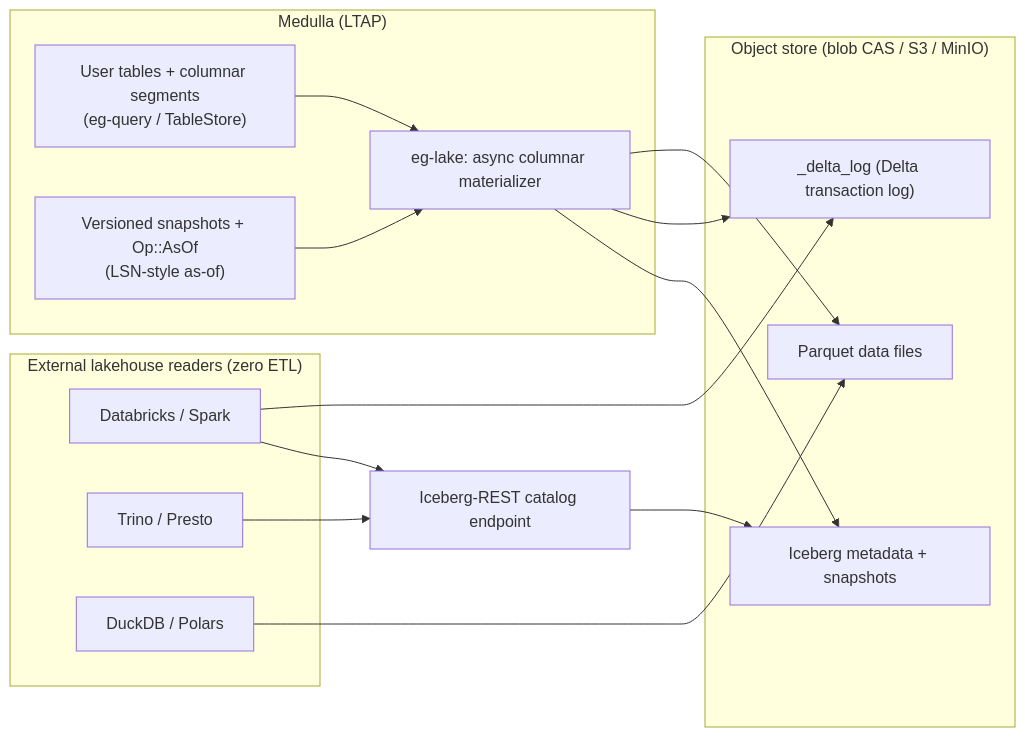
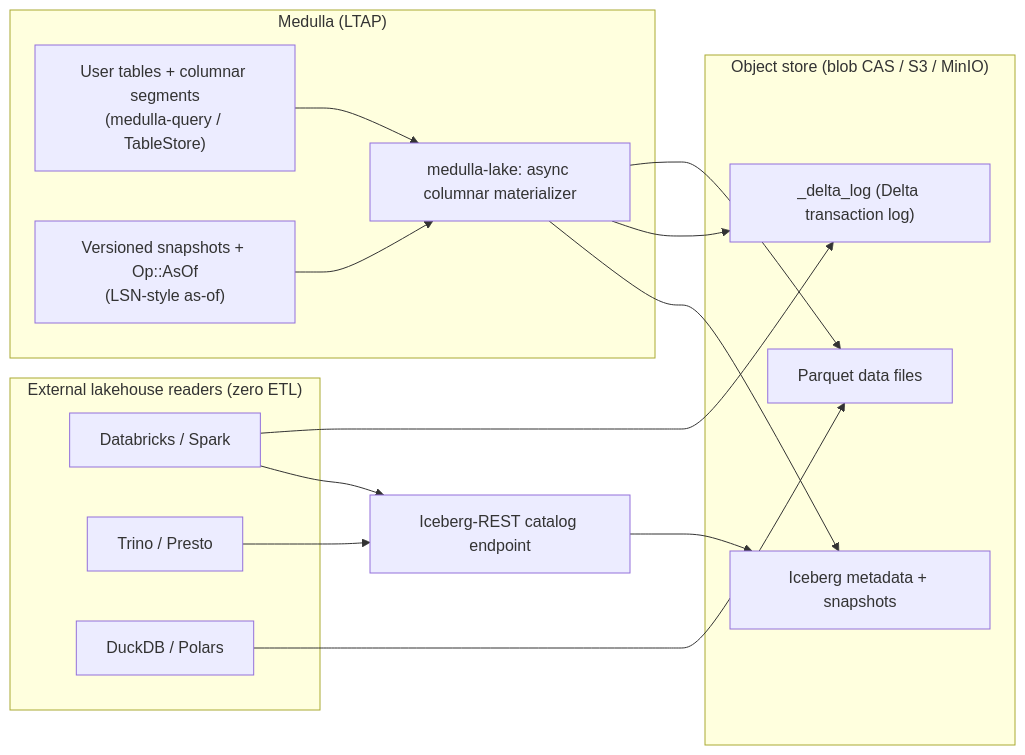
The diagram in docs/architecture/lakehouse_ltap.md (Knuckles-Team/epistemic-graph), drawn with Mermaid before and after one commit. The commit also changed other lines of this file and 5990 other files, not shown here.

First line of the commit message:
refactor!: rename epistemic-graph to medulla end to end (hard cutover)

````diff
--- a/docs/architecture/lakehouse_ltap.md
+++ b/docs/architecture/lakehouse_ltap.md
@@ -26,30 +26,30 @@
 ```mermaid
 flowchart LR
     subgraph Engine["Medulla (LTAP)"]
-        TBL["User tables + columnar segments<br/>(eg-query / TableStore)"]
+        TBL["User tables + columnar segments<br/>(medulla-query / TableStore)"]
         SNAP["Versioned snapshots + Op::AsOf<br/>(LSN-style as-of)"]
-        LAKE["eg-lake: async columnar materializer"]
+        LAKE["medulla-lake: async columnar materializer"]
     end
     subgraph Object["Object store (blob CAS / S3 / MinIO)"]
         PARQ["Parquet data files"]
         DELTA["_delta_log (Delta transaction log)"]
         ICE["Iceberg metadata + snapshots"]
     end
     subgraph Readers["External lakehouse readers (zero ETL)"]
         DBX["Databricks / Spark"]
         TRINO["Trino / Presto"]
         DUCK["DuckDB / Polars"]
     end
     CAT["Iceberg-REST catalog endpoint"]
 
     TBL --> LAKE
     SNAP --> LAKE
     LAKE --> PARQ
     LAKE --> DELTA
     LAKE --> ICE
     CAT --> ICE
     DBX --> DELTA
     DBX --> CAT
     TRINO --> CAT
     DUCK --> PARQ
 ```
````
